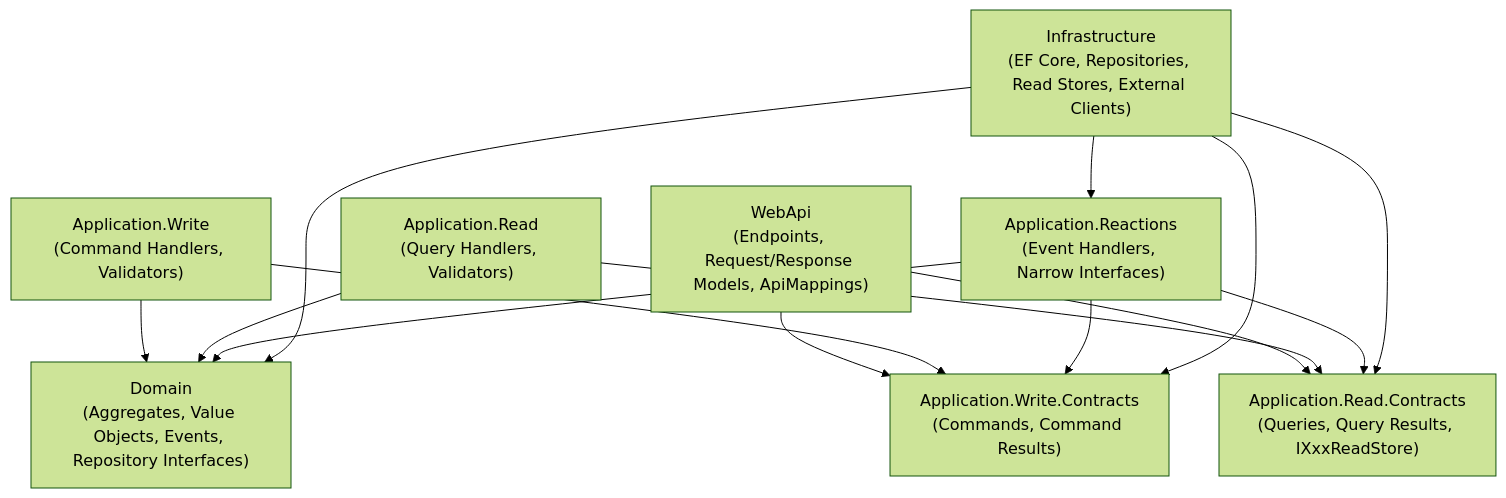
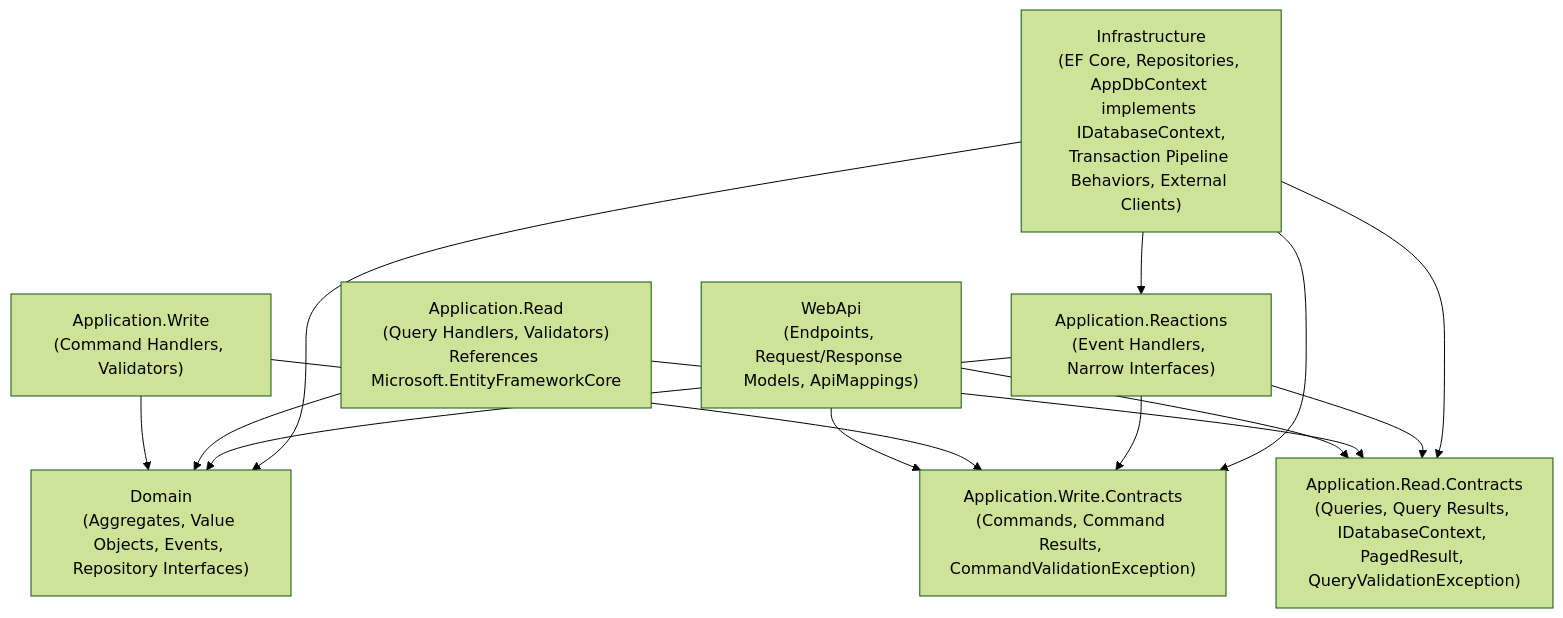
The first of 3 diagrams in docs/architecture/clean-architecture.md (Litenova-Solutions/Engineering-Standards), drawn with Mermaid (forest theme) before and after one commit. The commit also changed other lines of this file and 12 other files, not shown here.

First line of the commit message:
feat: Refactor exception hierarchy and read strategy documentation

````diff
--- a/docs/architecture/clean-architecture.md
+++ b/docs/architecture/clean-architecture.md
@@ -9,25 +9,25 @@
 ```mermaid
 graph TD
     WebApi["WebApi\n(Endpoints, Request/Response Models, ApiMappings)"]
-    WriteContracts["Application.Write.Contracts\n(Commands, Command Results)"]
-    ReadContracts["Application.Read.Contracts\n(Queries, Query Results, IXxxReadStore)"]
+    WriteContracts["Application.Write.Contracts\n(Commands, Command Results, CommandValidationException)"]
+    ReadContracts["Application.Read.Contracts\n(Queries, Query Results, IDatabaseContext, PagedResult<T>, QueryValidationException)"]
     Write["Application.Write\n(Command Handlers, Validators)"]
-    Read["Application.Read\n(Query Handlers, Validators)"]
+    Read["Application.Read\n(Query Handlers, Validators)\nReferences Microsoft.EntityFrameworkCore"]
     Reactions["Application.Reactions\n(Event Handlers, Narrow Interfaces)"]
     Domain["Domain\n(Aggregates, Value Objects, Events, Repository Interfaces)"]
-    Infrastructure["Infrastructure\n(EF Core, Repositories, Read Stores, External Clients)"]
+    Infrastructure["Infrastructure\n(EF Core, Repositories, AppDbContext implements IDatabaseContext,\nTransaction Pipeline Behaviors, External Clients)"]
 
     WebApi --> WriteContracts
     WebApi --> ReadContracts
     Write --> WriteContracts
     Write --> Domain
     Read --> ReadContracts
     Read --> Domain
     Reactions --> WriteContracts
     Reactions --> ReadContracts
     Reactions --> Domain
     Infrastructure --> Domain
     Infrastructure --> WriteContracts
     Infrastructure --> ReadContracts
     Infrastructure --> Reactions
 ```
````
